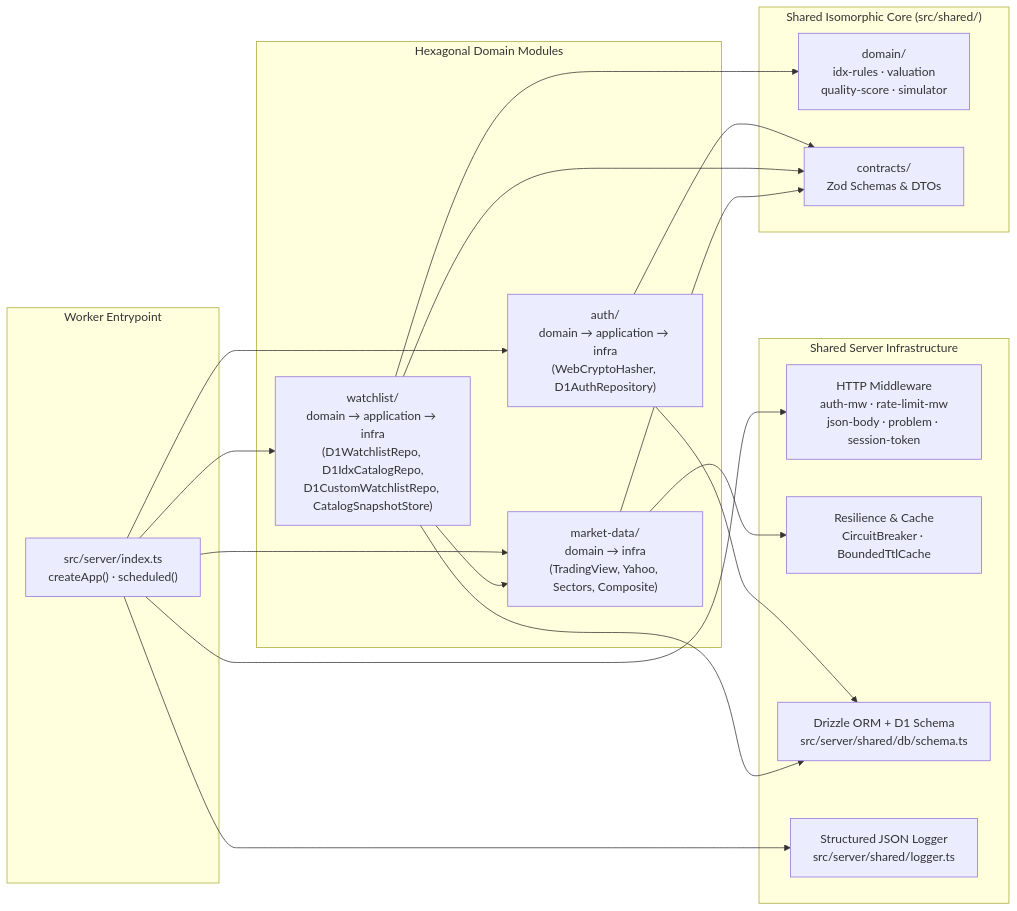
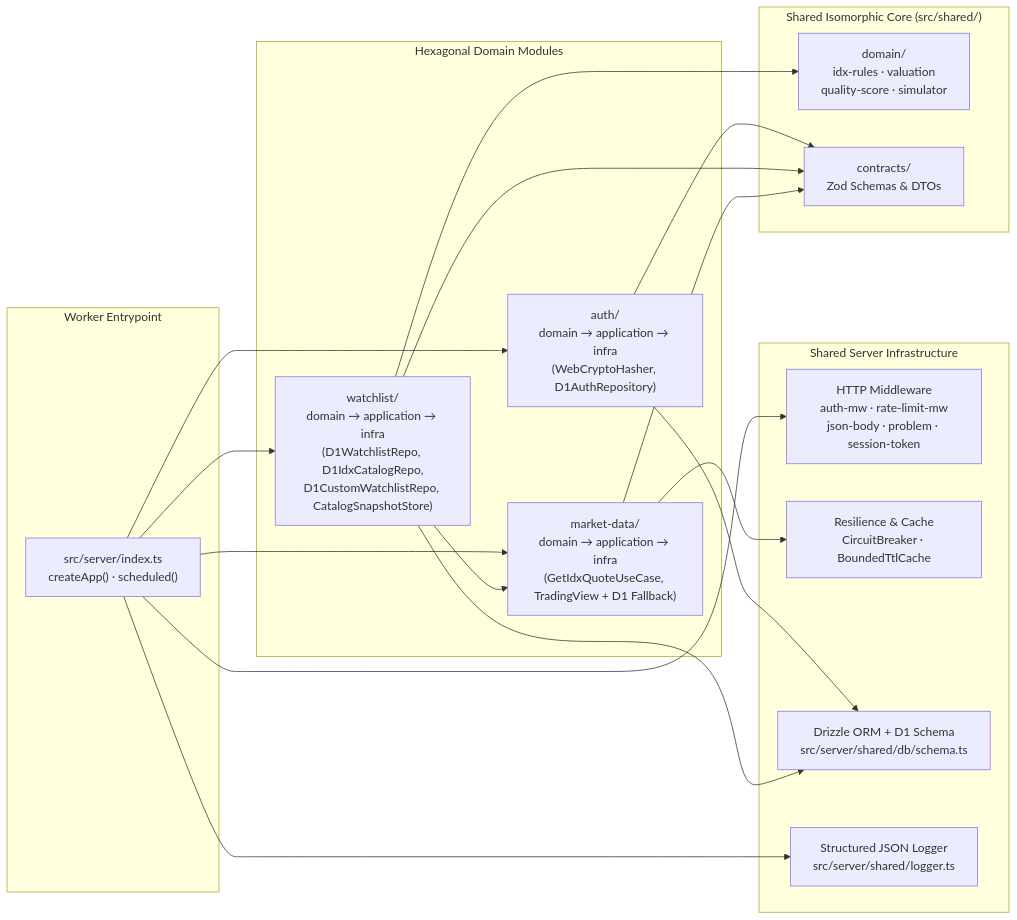
One commit to charlybutar21/stock-mate-v2 changed the second of 3 diagrams in docs/architecture.md. Above: the diagram before and after it, drawn with Mermaid. The commit also changed other lines of this file and 28 other files, not shown here.

Commit message:
refactor(market-data): use TradingView-only with D1 idx_stocks fallback

````diff
--- a/docs/architecture.md
+++ b/docs/architecture.md
@@ -82,38 +78,38 @@
 ```mermaid
 flowchart LR
     subgraph Entry["Worker Entrypoint"]
         Index["src/server/index.ts<br/>createApp() · scheduled()"]
     end
 
     subgraph SharedInfra["Shared Server Infrastructure"]
         MW["HTTP Middleware<br/>auth-mw · rate-limit-mw<br/>json-body · problem · session-token"]
         Res["Resilience & Cache<br/>CircuitBreaker · BoundedTtlCache"]
         DB["Drizzle ORM + D1 Schema<br/>src/server/shared/db/schema.ts"]
         Log["Structured JSON Logger<br/>src/server/shared/logger.ts"]
     end
 
     subgraph Modules["Hexagonal Domain Modules"]
         Auth["auth/<br/>domain → application → infra<br/>(WebCryptoHasher, D1AuthRepository)"]
         Watchlist["watchlist/<br/>domain → application → infra<br/>(D1WatchlistRepo, D1IdxCatalogRepo,<br/>D1CustomWatchlistRepo, CatalogSnapshotStore)"]
-        Market["market-data/<br/>domain → infra<br/>(TradingView, Yahoo, Sectors, Composite)"]
+        Market["market-data/<br/>domain → application → infra<br/>(GetIdxQuoteUseCase, TradingView + D1 Fallback)"]
     end
 
     subgraph Isomorphic["Shared Isomorphic Core (src/shared/)"]
         Domain["domain/<br/>idx-rules · valuation<br/>quality-score · simulator"]
         Contracts["contracts/<br/>Zod Schemas & DTOs"]
     end
 
     Index --> MW
     Index --> Auth
     Index --> Watchlist
     Index --> Market
     Auth --> DB
     Watchlist --> DB
     Watchlist --> Market
     Watchlist --> Domain
     Market --> Res
     Auth --> Contracts
     Watchlist --> Contracts
     Market --> Contracts
     Index --> Log
 ```
````
